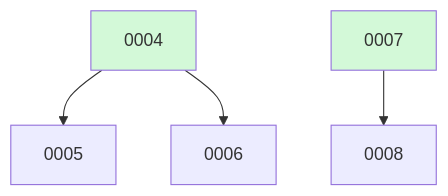
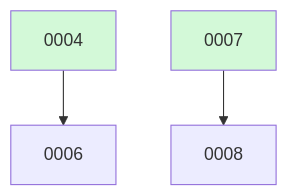
Before and after one commit to ethanhinson/llm-research-agent: the diagram in docs/changes/BOARD.md, drawn with Mermaid. The commit also changed other lines of this file, not shown here.

````diff
--- a/docs/changes/BOARD.md
+++ b/docs/changes/BOARD.md
@@ -18,9 +12,8 @@
 ```mermaid
 graph TD
-  0004 --> 0005
   0004 --> 0006
   0007 --> 0008
   0004:::done
   0007:::done
   classDef done fill:#d3f9d8;
 ```
````
